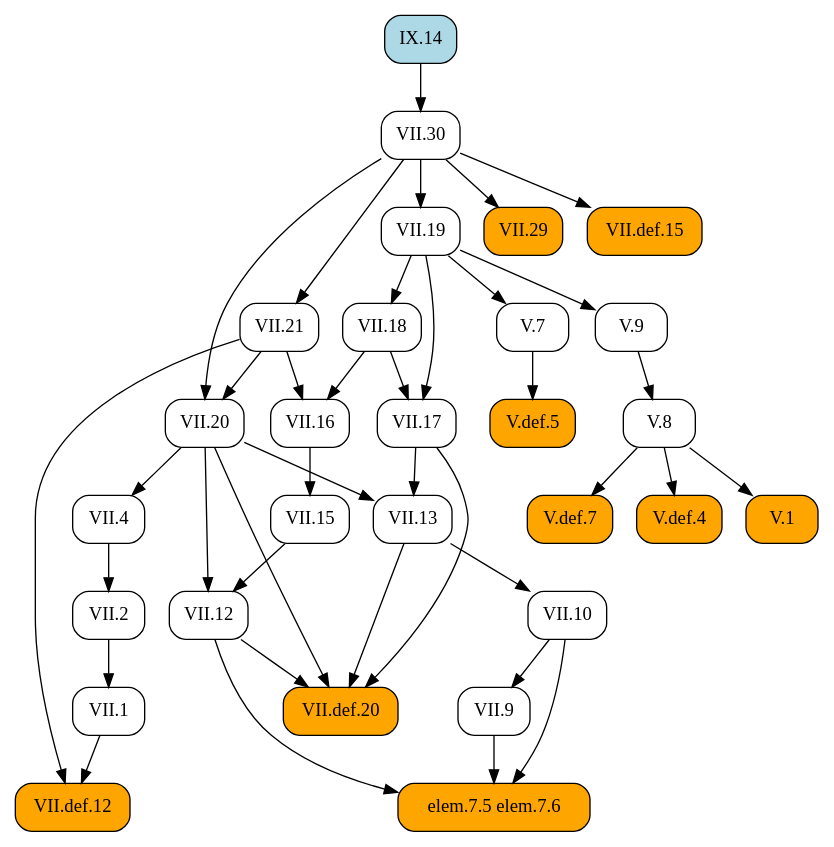
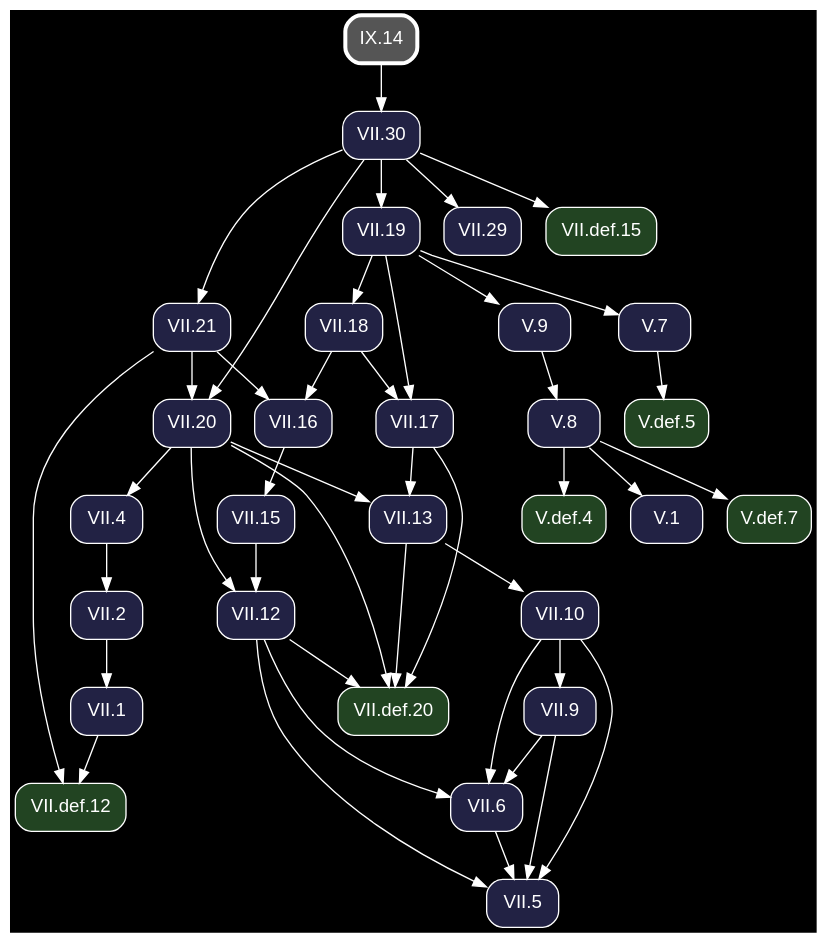
Before and after one commit to geometor/elements: the diagram in docsrc/heath/IX/14/index.rst, drawn with Graphviz. The commit also changed other lines of this file and 1200 other files, not shown here.

Commit message:
update dependency graphs

```diff
--- a/docsrc/heath/IX/14/index.rst
+++ b/docsrc/heath/IX/14/index.rst
@@ -44,72 +44,79 @@
 .. graphviz::
 
    digraph {
+     bgcolor="black";
+     node [shape=box, style="rounded,filled", fontname="Helvetica", color="white", fontcolor="white"];
+     edge [color="white", fontcolor="white"];
      rankdir="TB";
-     node [shape=box, style=rounded];
-     "VII.12" [URL="/heath/VII/12/", target="_top"];
-     "elem.7.5 elem.7.6" [style="rounded,filled", fillcolor=orange];
-     "V.def.7" [style="rounded,filled", fillcolor=orange, URL="/heath/V/def.7/", target="_top"];
-     "VII.30" [URL="/heath/VII/30/", target="_top"];
-     "VII.9" [URL="/heath/VII/9/", target="_top"];
-     "VII.18" [URL="/heath/VII/18/", target="_top"];
-     "VII.16" [URL="/heath/VII/16/", target="_top"];
-     "V.7" [URL="/heath/V/7/", target="_top"];
-     "VII.21" [URL="/heath/VII/21/", target="_top"];
-     "V.def.5" [style="rounded,filled", fillcolor=orange, URL="/heath/V/def.5/", target="_top"];
-     "V.def.4" [style="rounded,filled", fillcolor=orange, URL="/heath/V/def.4/", target="_top"];
-     "V.9" [URL="/heath/V/9/", target="_top"];
-     "VII.1" [URL="/heath/VII/1/", target="_top"];
-     "VII.10" [URL="/heath/VII/10/", target="_top"];
-     "V.8" [URL="/heath/V/8/", target="_top"];
-     "VII.13" [URL="/heath/VII/13/", target="_top"];
-     "VII.4" [URL="/heath/VII/4/", target="_top"];
-     "VII.def.12" [style="rounded,filled", fillcolor=orange, URL="/heath/VII/def.12/", target="_top"];
-     "VII.20" [URL="/heath/VII/20/", target="_top"];
-     "V.1" [style="rounded,filled", fillcolor=orange, URL="/heath/V/1/", target="_top"];
-     "VII.29" [style="rounded,filled", fillcolor=orange, URL="/heath/VII/29/", target="_top"];
-     "VII.def.15" [style="rounded,filled", fillcolor=orange, URL="/heath/VII/def.15/", target="_top"];
-     "IX.14" [style="rounded,filled", fillcolor=lightblue, URL="/heath/IX/14/", target="_top"];
-     "VII.17" [URL="/heath/VII/17/", target="_top"];
-     "VII.19" [URL="/heath/VII/19/", target="_top"];
-     "VII.2" [URL="/heath/VII/2/", target="_top"];
-     "VII.def.20" [style="rounded,filled", fillcolor=orange, URL="/heath/VII/def.20/", target="_top"];
-     "VII.15" [URL="/heath/VII/15/", target="_top"];
-     "VII.15" -> "VII.12";
-     "VII.20" -> "VII.12";
-     "VII.9" -> "elem.7.5 elem.7.6";
-     "VII.10" -> "elem.7.5 elem.7.6";
-     "VII.12" -> "elem.7.5 elem.7.6";
+     "V.def.5" [fillcolor="#224422", URL="/heath/V/def.5/", target="_top"];
+     "V.def.7" [fillcolor="#224422", URL="/heath/V/def.7/", target="_top"];
+     "VII.20" [fillcolor="#222244", URL="/heath/VII/20/", target="_top"];
+     "VII.29" [fillcolor="#222244", URL="/heath/VII/29/", target="_top"];
+     "VII.18" [fillcolor="#222244", URL="/heath/VII/18/", target="_top"];
+     "VII.2" [fillcolor="#222244", URL="/heath/VII/2/", target="_top"];
+     "V.def.4" [fillcolor="#224422", URL="/heath/V/def.4/", target="_top"];
+     "VII.5" [fillcolor="#222244", URL="/heath/VII/5/", target="_top"];
+     "VII.def.20" [fillcolor="#224422", URL="/heath/VII/def.20/", target="_top"];
+     "VII.def.15" [fillcolor="#224422", URL="/heath/VII/def.15/", target="_top"];
+     "VII.1" [fillcolor="#222244", URL="/heath/VII/1/", target="_top"];
+     "VII.6" [fillcolor="#222244", URL="/heath/VII/6/", target="_top"];
+     "VII.16" [fillcolor="#222244", URL="/heath/VII/16/", target="_top"];
+     "VII.15" [fillcolor="#222244", URL="/heath/VII/15/", target="_top"];
+     "VII.13" [fillcolor="#222244", URL="/heath/VII/13/", target="_top"];
+     "V.1" [fillcolor="#222244", URL="/heath/V/1/", target="_top"];
+     "VII.10" [fillcolor="#222244", URL="/heath/VII/10/", target="_top"];
+     "VII.4" [fillcolor="#222244", URL="/heath/VII/4/", target="_top"];
+     "VII.def.12" [fillcolor="#224422", URL="/heath/VII/def.12/", target="_top"];
+     "VII.19" [fillcolor="#222244", URL="/heath/VII/19/", target="_top"];
+     "V.8" [fillcolor="#222244", URL="/heath/V/8/", target="_top"];
+     "IX.14" [penwidth=3, color="white", fillcolor="#555555", URL="/heath/IX/14/", target="_top"];
+     "VII.21" [fillcolor="#222244", URL="/heath/VII/21/", target="_top"];
+     "VII.9" [fillcolor="#222244", URL="/heath/VII/9/", target="_top"];
+     "V.7" [fillcolor="#222244", URL="/heath/V/7/", target="_top"];
+     "VII.12" [fillcolor="#222244", URL="/heath/VII/12/", target="_top"];
+     "VII.30" [fillcolor="#222244", URL="/heath/VII/30/", target="_top"];
+     "V.9" [fillcolor="#222244", URL="/heath/V/9/", target="_top"];
+     "VII.17" [fillcolor="#222244", URL="/heath/VII/17/", target="_top"];
+     "V.7" -> "V.def.5";
      "V.8" -> "V.def.7";
-     "IX.14" -> "VII.30";
-     "VII.10" -> "VII.9";
-     "VII.19" -> "VII.18";
-     "VII.18" -> "VII.16";
-     "VII.21" -> "VII.16";
-     "VII.19" -> "V.7";
-     "VII.30" -> "VII.21";
-     "V.7" -> "V.def.5";
-     "V.8" -> "V.def.4";
-     "VII.19" -> "V.9";
-     "VII.2" -> "VII.1";
-     "VII.13" -> "VII.10";
-     "V.9" -> "V.8";
-     "VII.17" -> "VII.13";
-     "VII.20" -> "VII.13";
-     "VII.20" -> "VII.4";
-     "VII.1" -> "VII.def.12";
-     "VII.21" -> "VII.def.12";
      "VII.21" -> "VII.20";
      "VII.30" -> "VII.20";
-     "V.8" -> "V.1";
      "VII.30" -> "VII.29";
-     "VII.30" -> "VII.def.15";
-     "VII.18" -> "VII.17";
-     "VII.19" -> "VII.17";
-     "VII.30" -> "VII.19";
+     "VII.19" -> "VII.18";
      "VII.4" -> "VII.2";
+     "V.8" -> "V.def.4";
+     "VII.6" -> "VII.5";
+     "VII.9" -> "VII.5";
+     "VII.10" -> "VII.5";
+     "VII.12" -> "VII.5";
      "VII.12" -> "VII.def.20";
      "VII.13" -> "VII.def.20";
      "VII.17" -> "VII.def.20";
      "VII.20" -> "VII.def.20";
+     "VII.30" -> "VII.def.15";
+     "VII.2" -> "VII.1";
+     "VII.9" -> "VII.6";
+     "VII.10" -> "VII.6";
+     "VII.12" -> "VII.6";
+     "VII.18" -> "VII.16";
+     "VII.21" -> "VII.16";
      "VII.16" -> "VII.15";
+     "VII.17" -> "VII.13";
+     "VII.20" -> "VII.13";
+     "V.8" -> "V.1";
+     "VII.13" -> "VII.10";
+     "VII.20" -> "VII.4";
+     "VII.1" -> "VII.def.12";
+     "VII.21" -> "VII.def.12";
+     "VII.30" -> "VII.19";
+     "V.9" -> "V.8";
+     "VII.30" -> "VII.21";
+     "VII.10" -> "VII.9";
+     "VII.19" -> "V.7";
+     "VII.15" -> "VII.12";
+     "VII.20" -> "VII.12";
+     "IX.14" -> "VII.30";
+     "VII.19" -> "V.9";
+     "VII.18" -> "VII.17";
+     "VII.19" -> "VII.17";
    }
```
